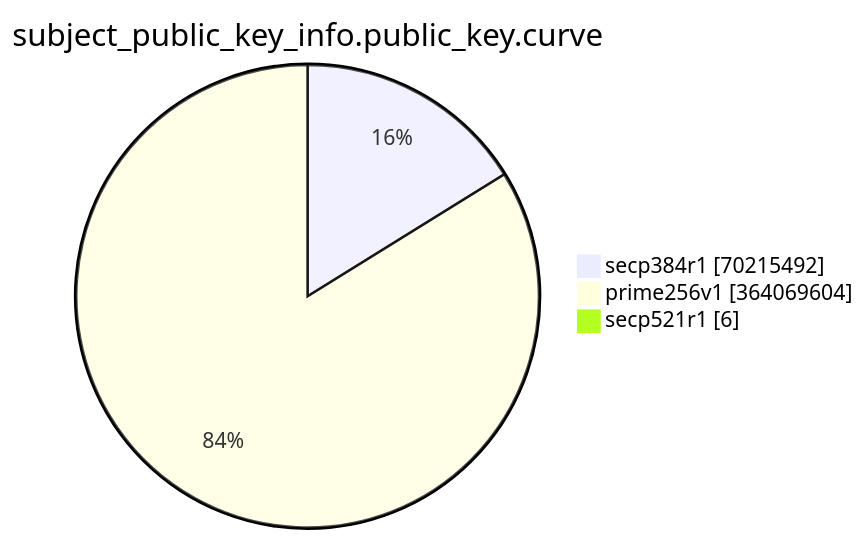
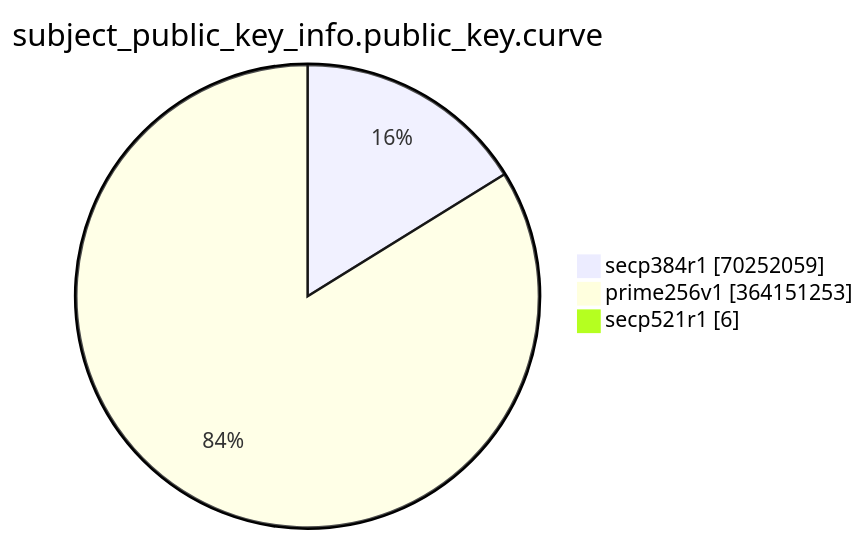
Before and after one commit to christiankrug/ctmonitor_visualization: the eighth of 15 diagrams in TOTAL/README.md, drawn with Mermaid. The commit also changed other lines of this file, not shown here.

````diff
--- a/TOTAL/README.md
+++ b/TOTAL/README.md
@@ -3091,7 +3091,7 @@
 ```mermaid
 pie showData
 title subject_public_key_info.public_key.curve
-"secp384r1" :70215492
-"prime256v1" :364069604
+"secp384r1" :70252059
+"prime256v1" :364151253
 "secp521r1" :6
 ```
````
